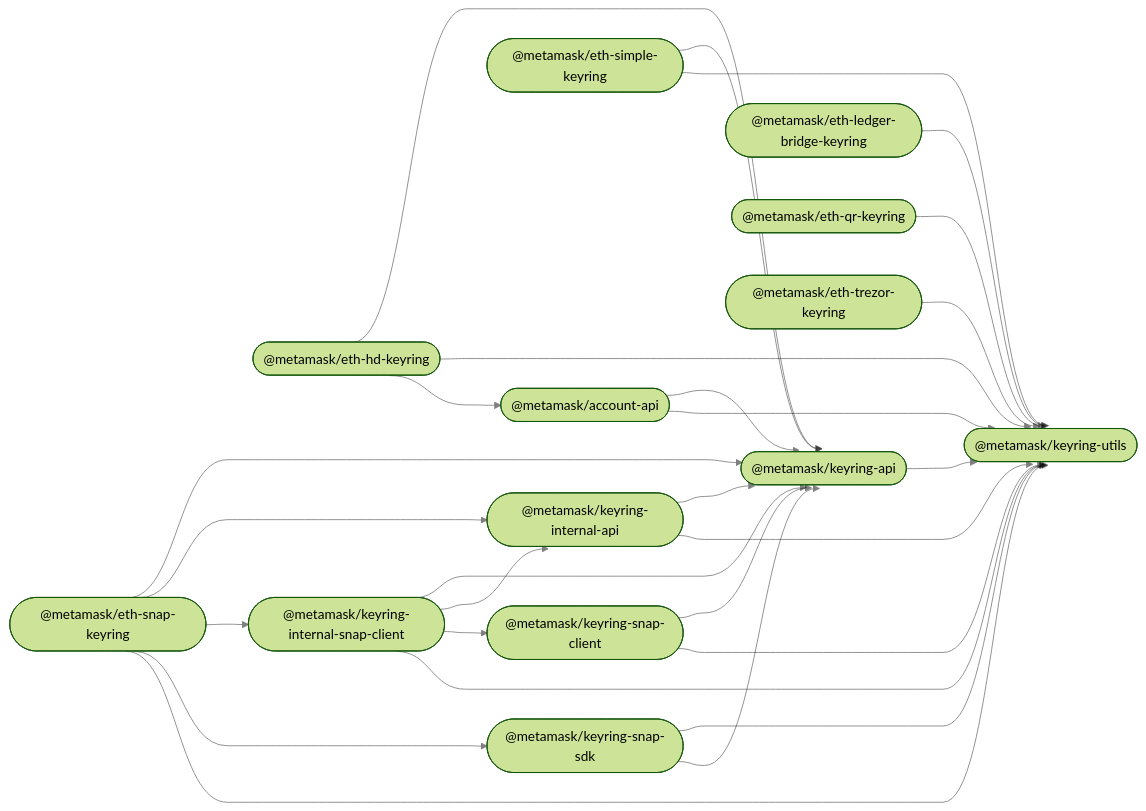
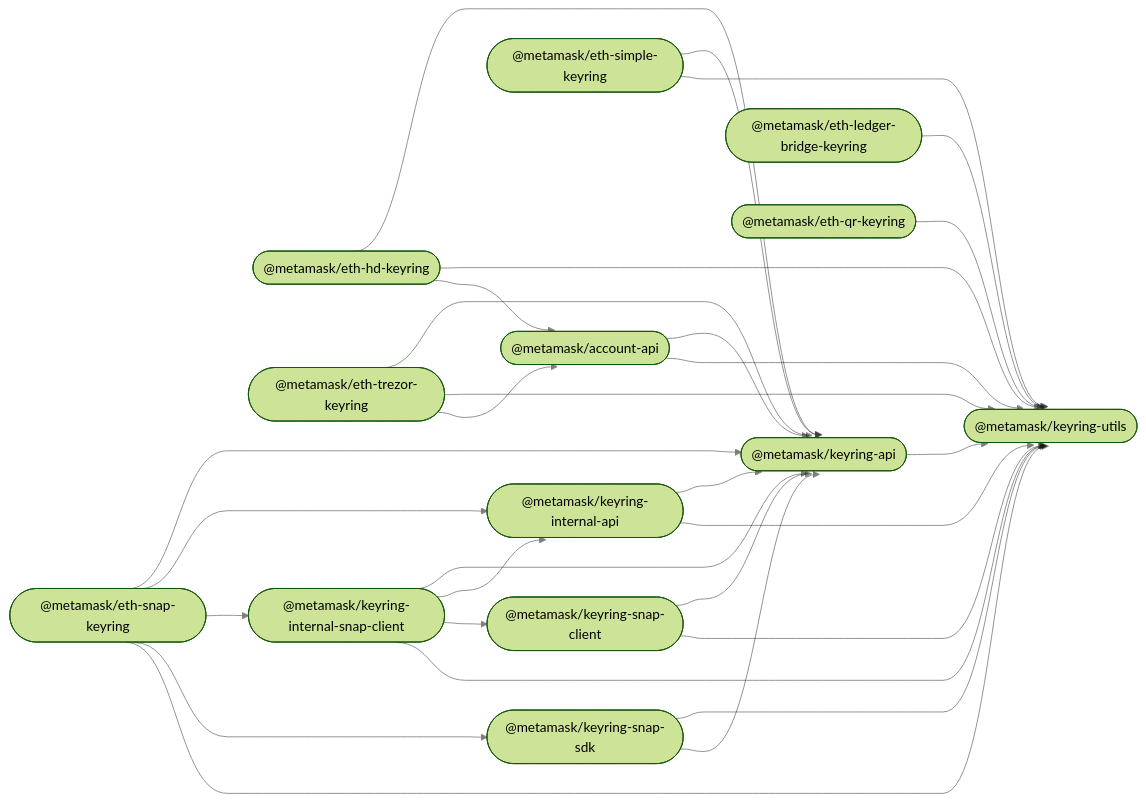
One commit to MetaMask/accounts changed the diagram in README.md. Above: the diagram before and after it, drawn with Mermaid (forest theme). The commit also changed 8 other files, not shown here.

Commit message:
feat: add TrezorKeyringV2 (wip)

````diff
--- a/README.md
+++ b/README.md
@@ -35,44 +35,46 @@
 ```mermaid
 %%{ init: { 'flowchart': { 'curve': 'bumpX' } } }%%
 graph LR;
 linkStyle default opacity:0.5
   account_api(["@metamask/account-api"]);
   keyring_api(["@metamask/keyring-api"]);
   eth_hd_keyring(["@metamask/eth-hd-keyring"]);
   eth_ledger_bridge_keyring(["@metamask/eth-ledger-bridge-keyring"]);
   eth_qr_keyring(["@metamask/eth-qr-keyring"]);
   eth_simple_keyring(["@metamask/eth-simple-keyring"]);
   eth_trezor_keyring(["@metamask/eth-trezor-keyring"]);
   keyring_internal_api(["@metamask/keyring-internal-api"]);
   keyring_internal_snap_client(["@metamask/keyring-internal-snap-client"]);
   eth_snap_keyring(["@metamask/eth-snap-keyring"]);
   keyring_snap_client(["@metamask/keyring-snap-client"]);
   keyring_snap_sdk(["@metamask/keyring-snap-sdk"]);
   keyring_utils(["@metamask/keyring-utils"]);
   account_api --> keyring_api;
   account_api --> keyring_utils;
   keyring_api --> keyring_utils;
   eth_hd_keyring --> keyring_api;
   eth_hd_keyring --> keyring_utils;
   eth_hd_keyring --> account_api;
   eth_ledger_bridge_keyring --> keyring_utils;
   eth_qr_keyring --> keyring_utils;
   eth_simple_keyring --> keyring_api;
   eth_simple_keyring --> keyring_utils;
+  eth_trezor_keyring --> keyring_api;
   eth_trezor_keyring --> keyring_utils;
+  eth_trezor_keyring --> account_api;
   keyring_internal_api --> keyring_api;
   keyring_internal_api --> keyring_utils;
   keyring_internal_snap_client --> keyring_api;
   keyring_internal_snap_client --> keyring_internal_api;
   keyring_internal_snap_client --> keyring_snap_client;
   keyring_internal_snap_client --> keyring_utils;
   eth_snap_keyring --> keyring_api;
   eth_snap_keyring --> keyring_internal_api;
   eth_snap_keyring --> keyring_internal_snap_client;
   eth_snap_keyring --> keyring_snap_sdk;
   eth_snap_keyring --> keyring_utils;
   keyring_snap_client --> keyring_api;
   keyring_snap_client --> keyring_utils;
   keyring_snap_sdk --> keyring_utils;
   keyring_snap_sdk --> keyring_api;
 ```
````
